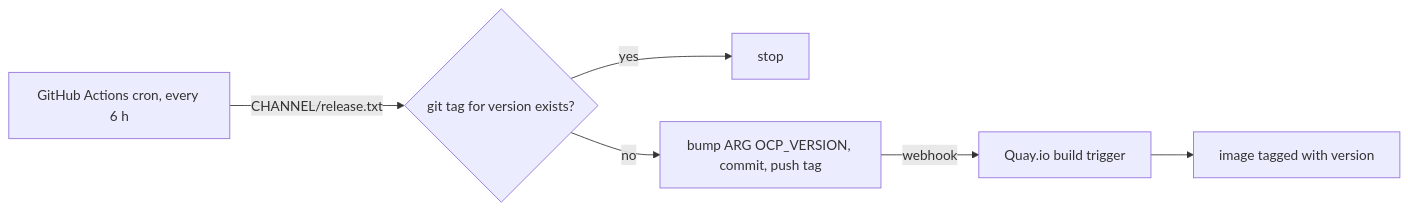
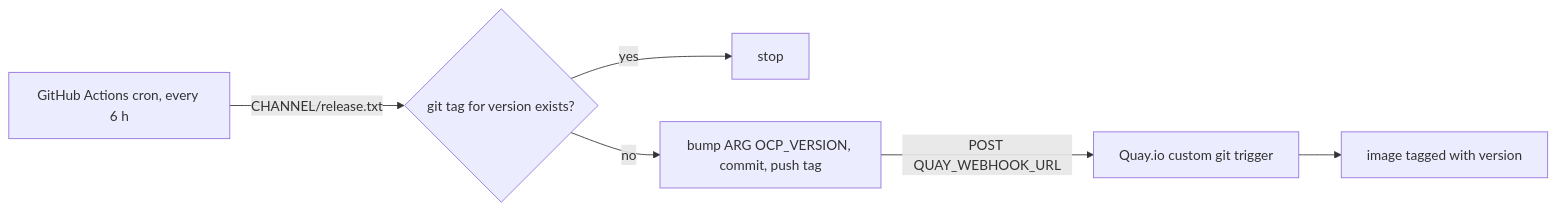
Before and after one commit to msteinfurth/ocp-release-signature-image: the diagram in README.md, drawn with Mermaid. The commit also changed other lines of this file and 1 other file, not shown here.

Commit message:
Trigger Quay.io builds via custom git trigger webhook

````diff
--- a/README.md
+++ b/README.md
@@ -67,8 +67,8 @@
 ```mermaid
 flowchart LR
   A[GitHub Actions cron, every 6 h] -->|CHANNEL/release.txt| B{git tag for version exists?}
   B -->|yes| Z[stop]
   B -->|no| C[bump ARG OCP_VERSION, commit, push tag]
-  C -->|webhook| D[Quay.io build trigger]
+  C -->|POST QUAY_WEBHOOK_URL| D[Quay.io custom git trigger]
   D --> E[image tagged with version]
 ```
````
